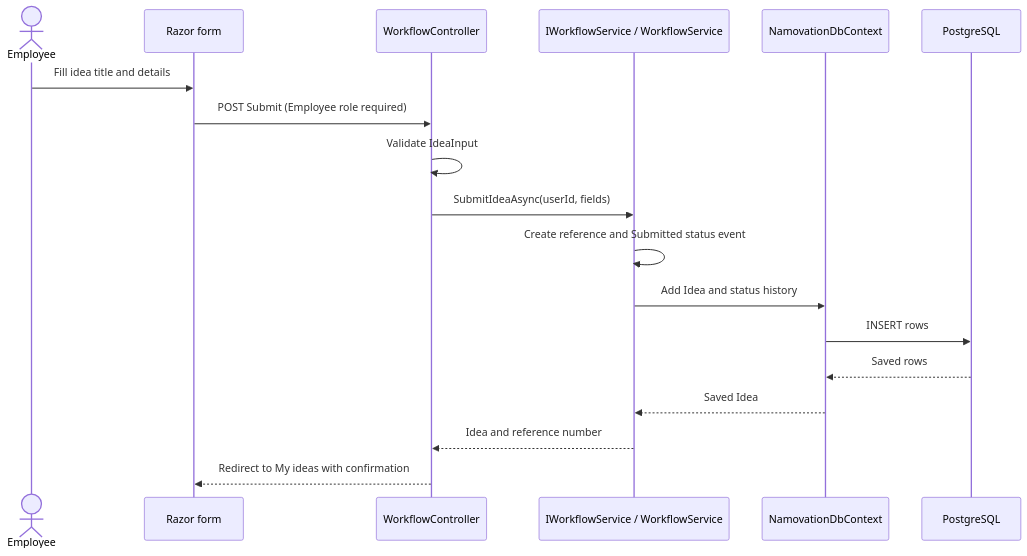
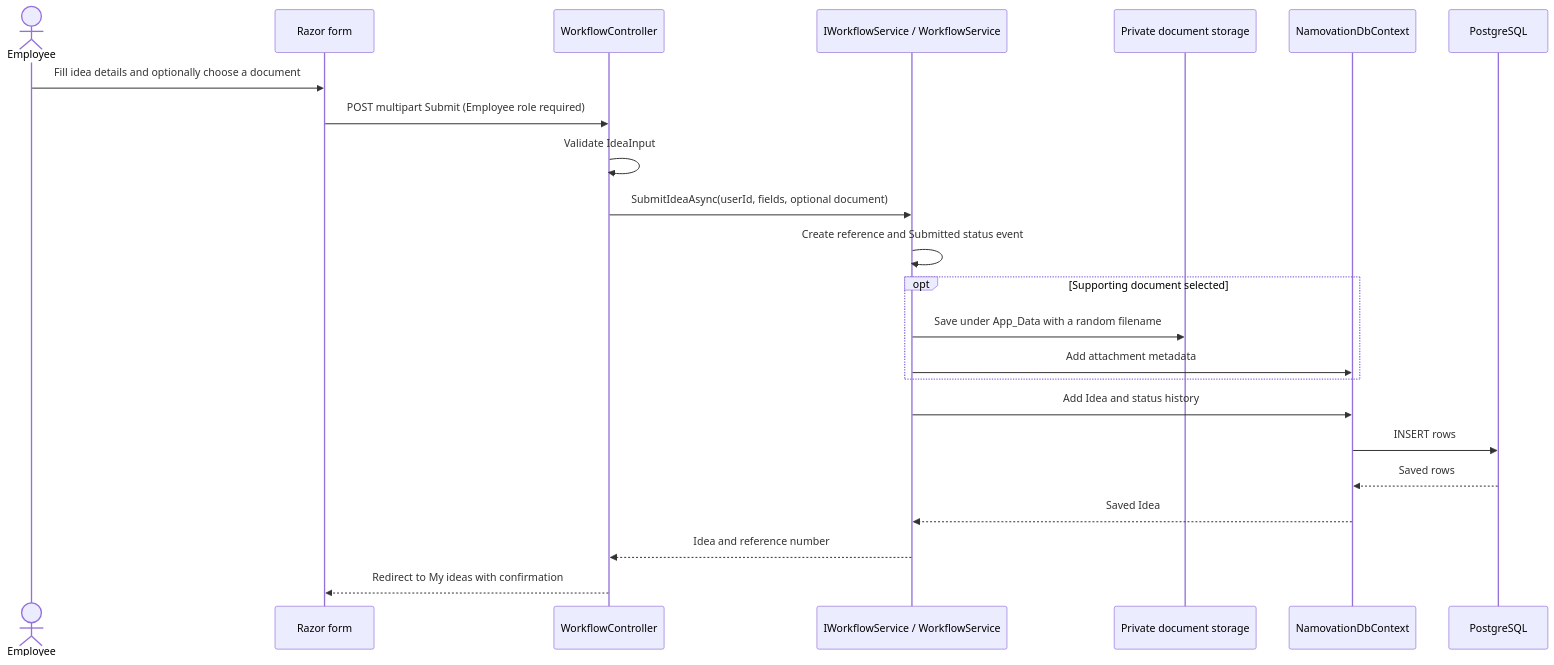
Before and after one commit to InternetDad/NamovationApplication: the second of 3 diagrams in docs/application-architecture.md, drawn with Mermaid. The commit also changed other lines of this file and 17 other files, not shown here.

````diff
--- a/docs/application-architecture.md
+++ b/docs/application-architecture.md
@@ -72,21 +72,26 @@
 ```mermaid
 sequenceDiagram
     actor Employee
     participant UI as Razor form
     participant WC as WorkflowController
     participant WS as IWorkflowService / WorkflowService
+    participant FS as Private document storage
     participant EF as NamovationDbContext
     participant PG as PostgreSQL
 
-    Employee->>UI: Fill idea title and details
-    UI->>WC: POST Submit (Employee role required)
+    Employee->>UI: Fill idea details and optionally choose a document
+    UI->>WC: POST multipart Submit (Employee role required)
     WC->>WC: Validate IdeaInput
-    WC->>WS: SubmitIdeaAsync(userId, fields)
+    WC->>WS: SubmitIdeaAsync(userId, fields, optional document)
     WS->>WS: Create reference and Submitted status event
+    opt Supporting document selected
+        WS->>FS: Save under App_Data with a random filename
+        WS->>EF: Add attachment metadata
+    end
     WS->>EF: Add Idea and status history
     EF->>PG: INSERT rows
     PG-->>EF: Saved rows
     EF-->>WS: Saved Idea
     WS-->>WC: Idea and reference number
     WC-->>UI: Redirect to My ideas with confirmation
 ```
````
